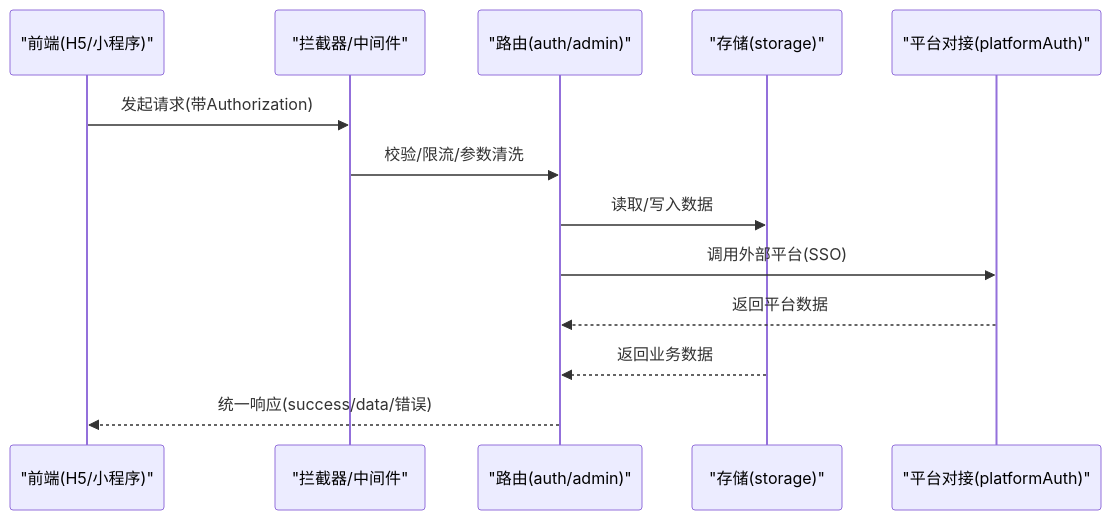
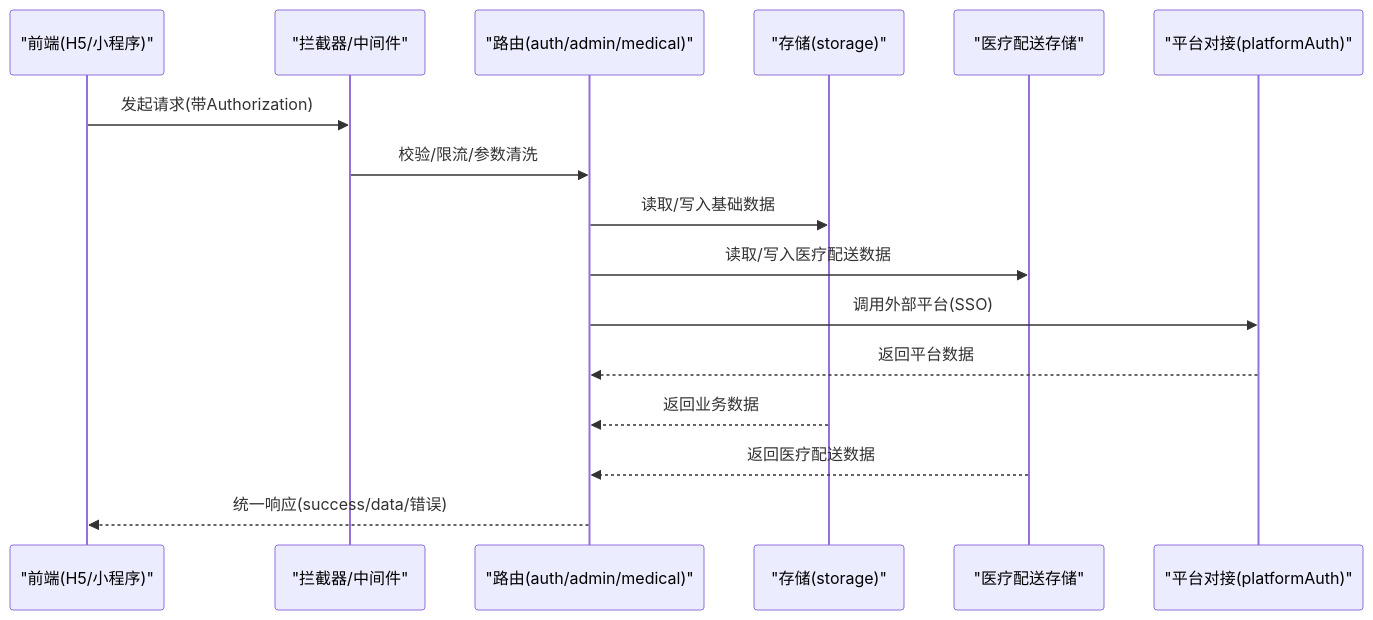
Before and after one commit to Giraffe-Han/microAPP: the second of 9 diagrams in .qoder/repowiki/zh/content/后端服务架构/API接口设计/API接口设计.md, drawn with Mermaid. The commit also changed other lines of this file and 143 other files, not shown here.

````diff
--- a/.qoder/repowiki/zh/content/后端服务架构/API接口设计/API接口设计.md
+++ b/.qoder/repowiki/zh/content/后端服务架构/API接口设计/API接口设计.md
@@ -101,15 +113,18 @@
 ```mermaid
 sequenceDiagram
 participant FE as "前端(H5/小程序)"
 participant INT as "拦截器/中间件"
-participant RT as "路由(auth/admin)"
+participant RT as "路由(auth/admin/medical)"
 participant ST as "存储(storage)"
+participant MF as "医疗配送存储"
 participant PF as "平台对接(platformAuth)"
 FE->>INT : 发起请求(带Authorization)
 INT->>RT : 校验/限流/参数清洗
-RT->>ST : 读取/写入数据
+RT->>ST : 读取/写入基础数据
+RT->>MF : 读取/写入医疗配送数据
 RT->>PF : 调用外部平台(SSO)
 PF-->>RT : 返回平台数据
 ST-->>RT : 返回业务数据
+MF-->>RT : 返回医疗配送数据
 RT-->>FE : 统一响应(success/data/错误)
 ```
````
